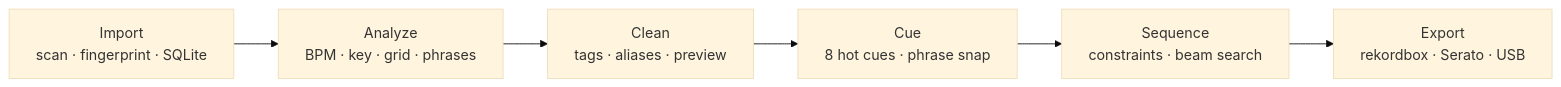
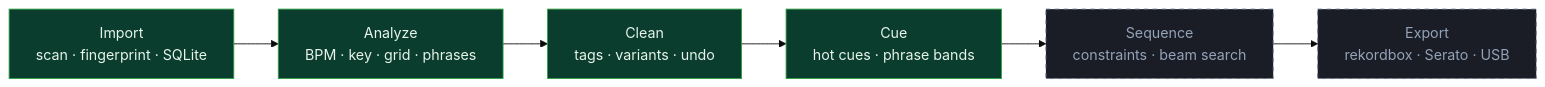
Before and after one commit to iDorgham/DJ-Assistant: the diagram in README.md, drawn with Mermaid (base theme). The commit also changed other lines of this file and 7 other files, not shown here.

````diff
--- a/README.md
+++ b/README.md
@@ -57,11 +68,16 @@
 ```mermaid
 flowchart LR
     A["Import<br/>scan · fingerprint · SQLite"]
     B["Analyze<br/>BPM · key · grid · phrases"]
-    C["Clean<br/>tags · aliases · preview"]
-    D["Cue<br/>8 hot cues · phrase snap"]
+    C["Clean<br/>tags · variants · undo"]
+    D["Cue<br/>hot cues · phrase bands"]
     E["Sequence<br/>constraints · beam search"]
     F["Export<br/>rekordbox · Serato · USB"]
 
     A --> B --> C --> D --> E --> F
+
+    classDef shipped fill:#0B3D2E,stroke:#2EA043,color:#E6F4EA;
+    classDef planned fill:#1A1D26,stroke:#64748B,color:#94A3B8,stroke-dasharray: 5 5;
+    class A,B,C,D shipped;
+    class E,F planned;
 ```
````
